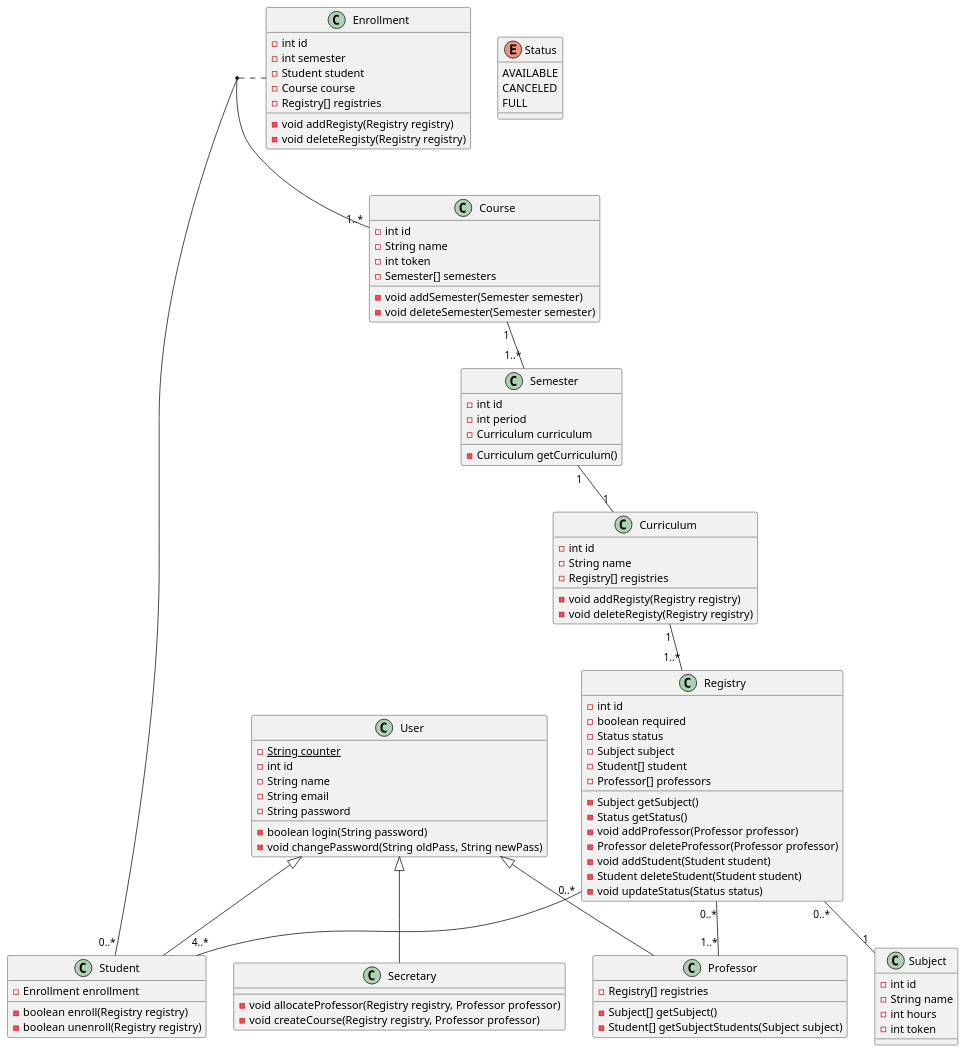
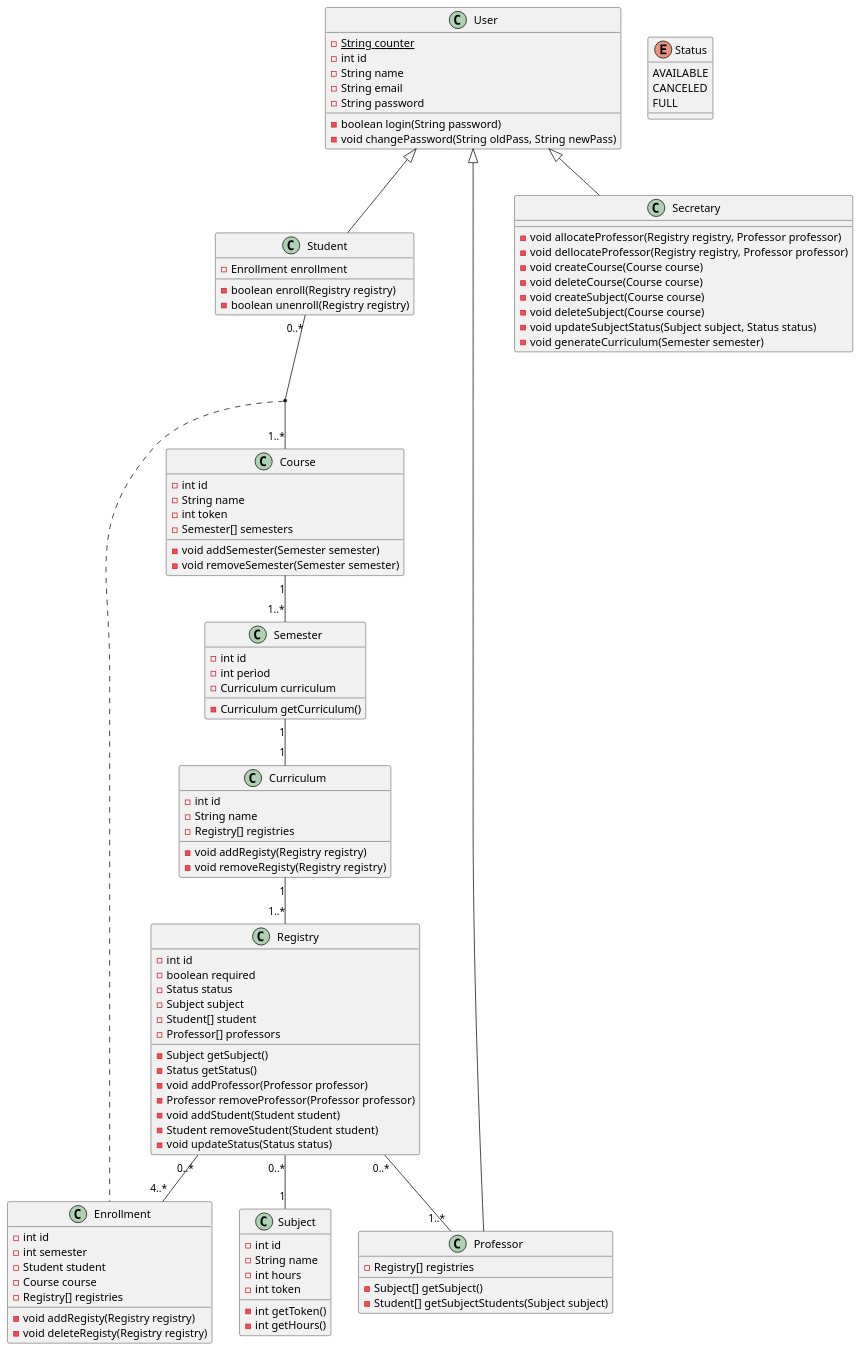
Before and after one commit to migueltico2/laboratorio-de-desenvolvimento-de-software: the diagram in projeto 1/project/classDiagram.plantuml, drawn with PlantUML.

Commit message:
feat: change classe diagram

```diff
--- a/projeto 1/project/classDiagram.plantuml
+++ b/projeto 1/project/classDiagram.plantuml
@@ -1,97 +1,105 @@
 @startuml
 
 class User {
     -{static} String counter
     -int id
     -String name
     -String email
     -String password
     -boolean login(String password)
     -void changePassword(String oldPass, String newPass)
 }
 class Student {
     -Enrollment enrollment
     -boolean enroll(Registry registry)
     -boolean unenroll(Registry registry)
 }
 class Professor {
     -Registry[] registries
     -Subject[] getSubject()
     -Student[] getSubjectStudents(Subject subject)
 }
 class Secretary {
     -void allocateProfessor(Registry registry, Professor professor)
-    -void createCourse(Registry registry, Professor professor)
+    -void dellocateProfessor(Registry registry, Professor professor)
+    -void createCourse(Course course)
+    -void deleteCourse(Course course)
+    -void createSubject(Course course)
+    -void deleteSubject(Course course)
+    -void updateSubjectStatus(Subject subject, Status status)
+    -void generateCurriculum(Semester semester)
 }
 class Enrollment {
     -int id
     -int semester
     -Student student
     -Course course
     -Registry[] registries
     -void addRegisty(Registry registry)
     -void deleteRegisty(Registry registry)
 }
 class Course {
     -int id
     -String name
     -int token
     -Semester[] semesters
     -void addSemester(Semester semester)
-    -void deleteSemester(Semester semester)
+    -void removeSemester(Semester semester)
 }
 class Semester {
     -int id
     -int period
     -Curriculum curriculum
     -Curriculum getCurriculum()
 }
 class Curriculum {
     -int id
     -String name
     -Registry[] registries
     -void addRegisty(Registry registry)
-    -void deleteRegisty(Registry registry)
+    -void removeRegisty(Registry registry)
 }
 class Subject {
     -int id
     -String name
     -int hours
     -int token
+    -int getToken()
+    -int getHours()
 }
 class Registry {
     -int id
     -boolean required
     -Status status
     -Subject subject
     -Student[] student
     -Professor[] professors
     -Subject getSubject()
     -Status getStatus()
     -void addProfessor(Professor professor)
-    -Professor deleteProfessor(Professor professor)
+    -Professor removeProfessor(Professor professor)
     -void addStudent(Student student)
-    -Student deleteStudent(Student student)
+    -Student removeStudent(Student student)
     -void updateStatus(Status status)
 }
 
 enum Status {
     AVAILABLE
     CANCELED
     FULL
 }
 
 User <|-- Student
 User <|-- Professor
 User <|-- Secretary
 
 Course "1" -- "1..*" Semester
 Semester "1" -- "1" Curriculum
 Curriculum "1" -- "1..*" Registry
 Registry "0..*" -- "1" Subject
 Student "0..*" -- "1..*" Course
 (Student, Course) . Enrollment
-Registry "0..*" -- "4..*" Student
+Registry "0..*" -- "4..*" Enrollment
 Registry "0..*" -- "1..*" Professor
 
 @enduml
```
